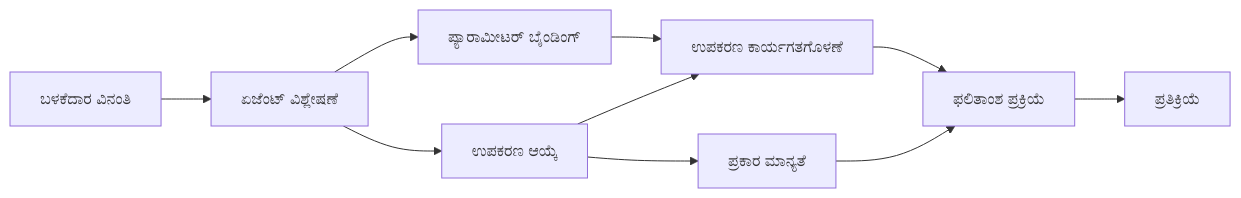
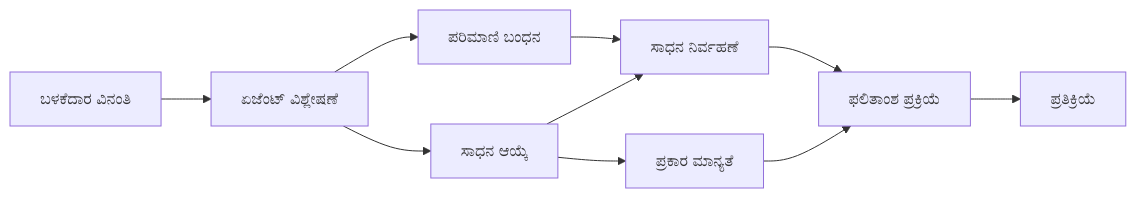
Before and after one commit to microsoft/ai-agents-for-beginners: the diagram in translations/kn/04-tool-use/code_samples/04-dotnet-agent-framework.md, drawn with Mermaid. The commit also changed other lines of this file and 224 other files, not shown here.

````diff
--- a/translations/kn/04-tool-use/code_samples/04-dotnet-agent-framework.md
+++ b/translations/kn/04-tool-use/code_samples/04-dotnet-agent-framework.md
@@ -40,12 +40,12 @@
 ```mermaid
 graph LR
     A[ಬಳಕೆದಾರ ವಿನಂತಿ] --> B[ಏಜೆಂಟ್ ವಿಶ್ಲೇಷಣೆ]
-    B --> C[ಉಪಕರಣ ಆಯ್ಕೆ]
+    B --> C[ಸಾಧನ ಆಯ್ಕೆ]
     C --> D[ಪ್ರಕಾರ ಮಾನ್ಯತೆ]
-    B --> E[ಪ್ಯಾರಾಮೀಟರ್ ಬೈಂಡಿಂಗ್]
-    E --> F[ಉಪಕರಣ ಕಾರ್ಯಗತಗೊಳಣೆ]
+    B --> E[ಪರಿಮಾಣಿ ಬಂಧನ]
+    E --> F[ಸಾಧನ ನಿರ್ವಹಣೆ]
     C --> F
     F --> G[ಫಲಿತಾಂಶ ಪ್ರಕ್ರಿಯೆ]
     D --> G
     G --> H[ಪ್ರತಿಕ್ರಿಯೆ]
 ```
````
